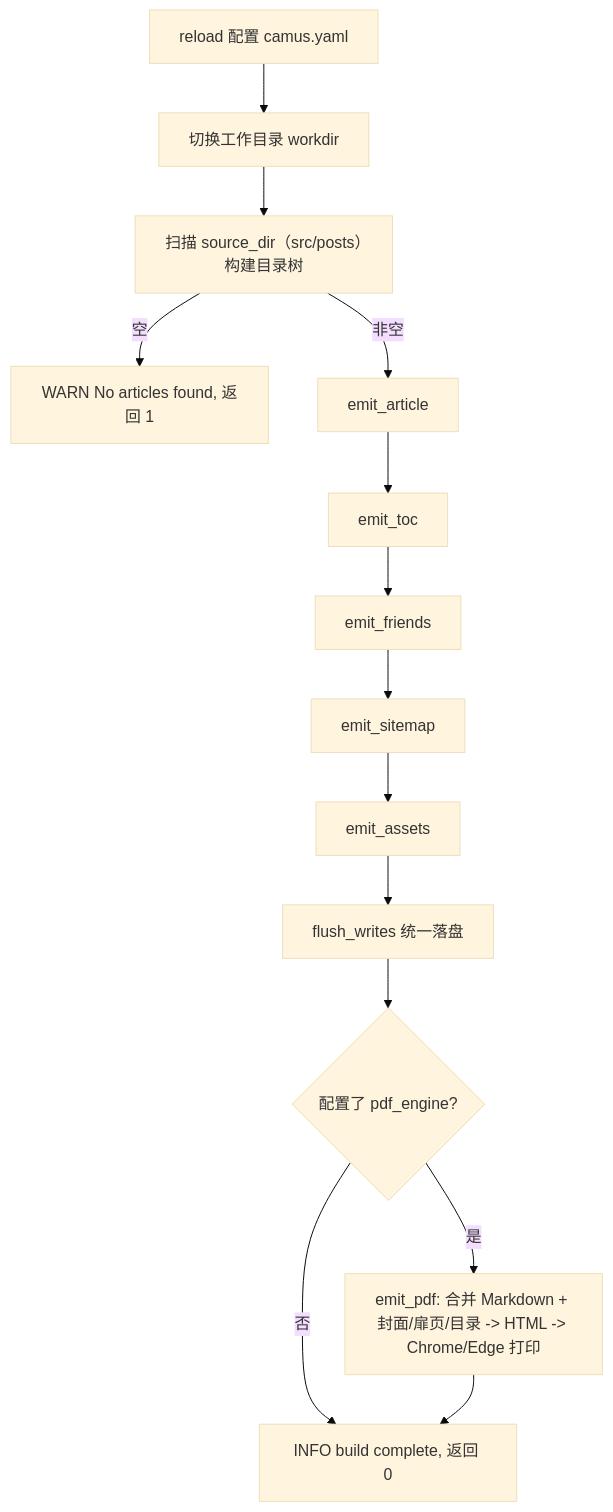
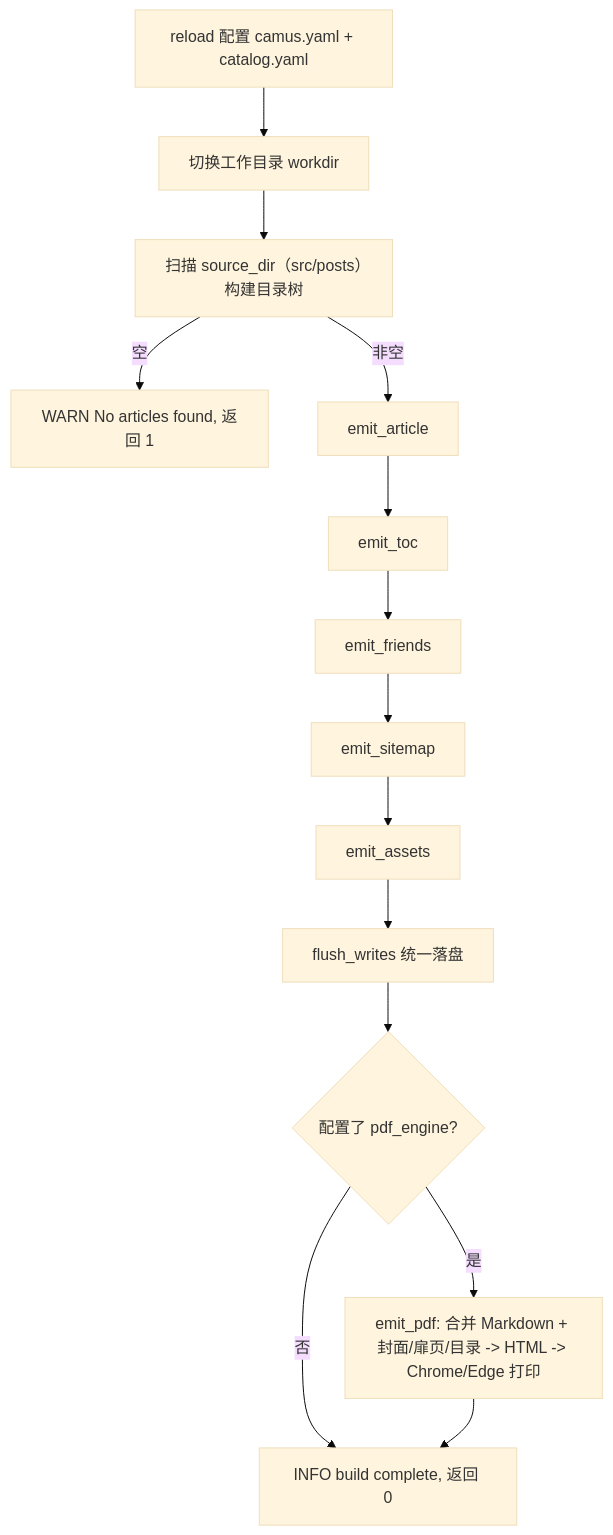
The diagram in docs/prd/01-overview.md (o8x/camus), drawn with Mermaid (base theme) before and after one commit. The commit also changed other lines of this file and 24 other files, not shown here.

````diff
--- a/docs/prd/01-overview.md
+++ b/docs/prd/01-overview.md
@@ -53,16 +53,16 @@
 ```mermaid
 flowchart TD
-    A[reload 配置 camus.yaml] --> B[切换工作目录 workdir]
+    A[reload 配置 camus.yaml + catalog.yaml] --> B[切换工作目录 workdir]
     B --> C[扫描 source_dir（src/posts）构建目录树]
     C -->|空| W[WARN No articles found, 返回 1]
     C -->|非空| D[emit_article]
     D --> E[emit_toc]
     E --> F[emit_friends]
     F --> G[emit_sitemap]
     G --> H[emit_assets]
     H --> I[flush_writes 统一落盘]
     I --> P{配置了 pdf_engine?}
     P -->|是| Q[emit_pdf: 合并 Markdown + 封面/扉页/目录 -> HTML -> Chrome/Edge 打印]
     P -->|否| J
     Q --> J[INFO build complete, 返回 0]
 ```
````
